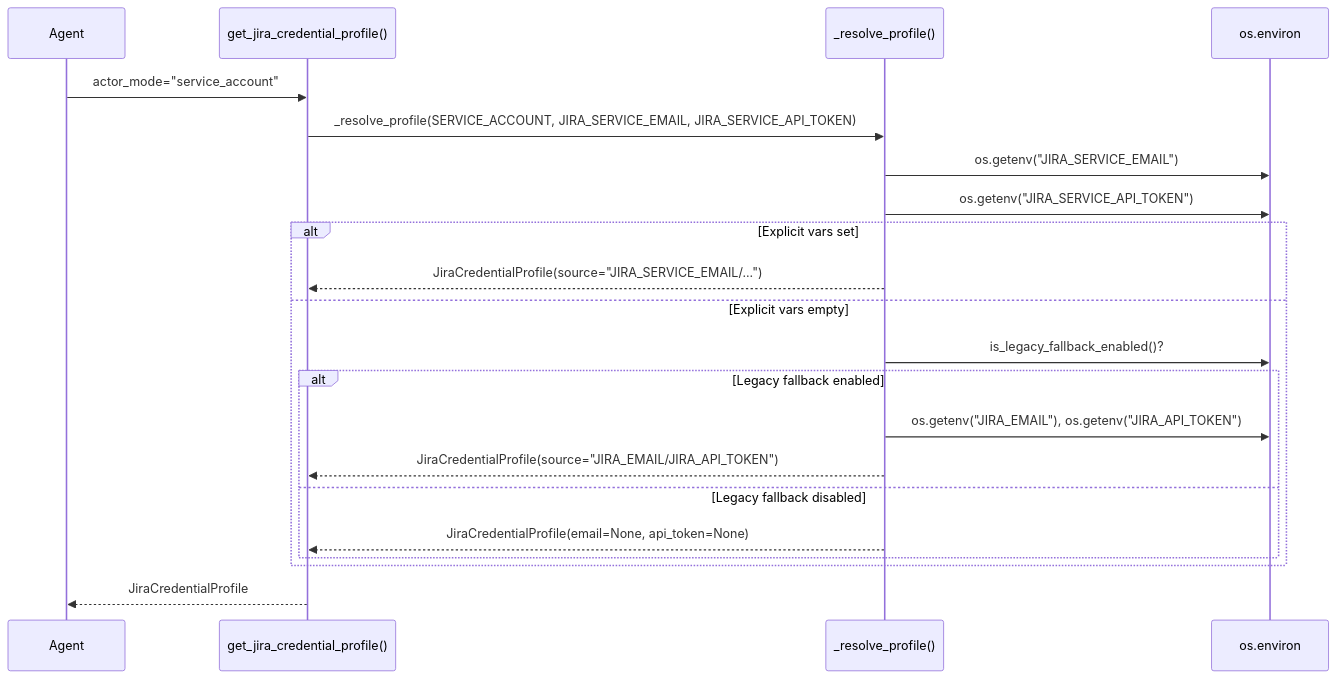
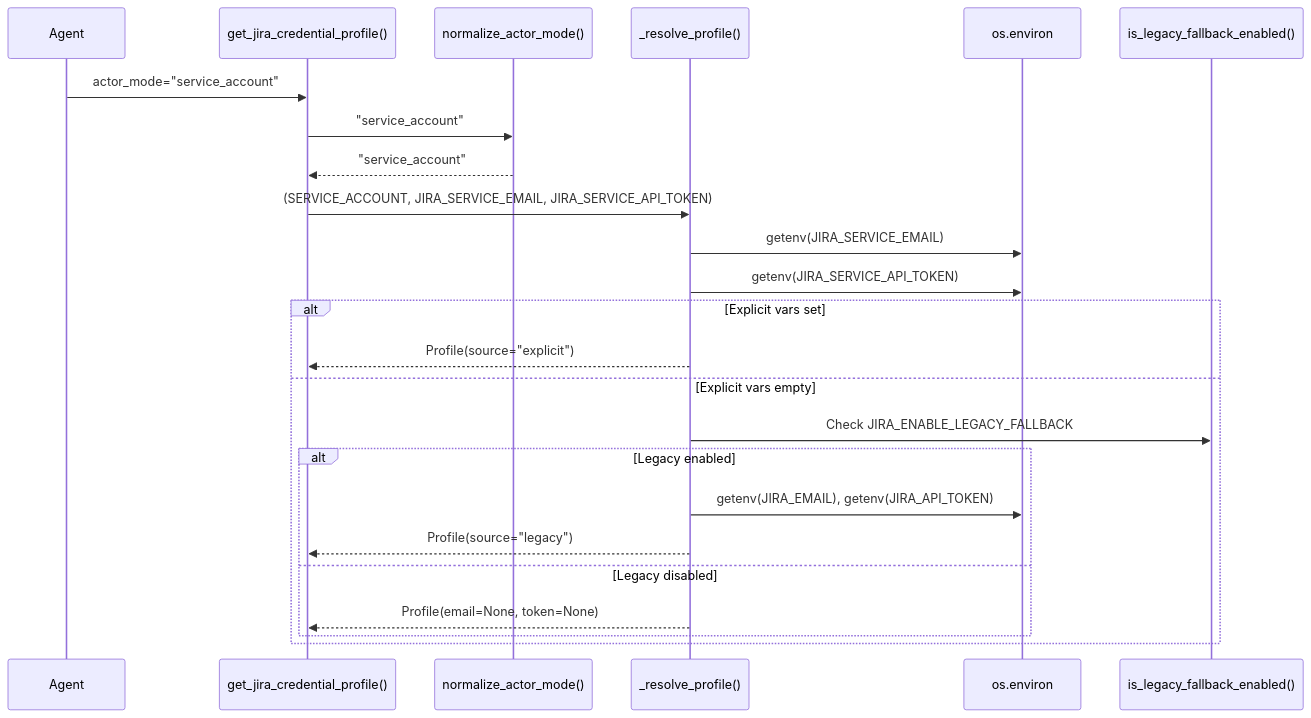
The third of 4 diagrams in docs/config.md (jmac-cornelis/agent-workforce), drawn with Mermaid before and after one commit. The commit also changed other lines of this file and 7 other files, not shown here.

````diff
--- a/docs/config.md
+++ b/docs/config.md
@@ -98,24 +92,27 @@
 ```mermaid
 sequenceDiagram
     participant Agent
-    participant get_profile as get_jira_credential_profile()
+    participant get_jira_credential_profile as get_jira_credential_profile()
+    participant normalize as normalize_actor_mode()
     participant _resolve as _resolve_profile()
     participant env as os.environ
+    participant legacy as is_legacy_fallback_enabled()
 
-    Agent->>get_profile: actor_mode="service_account"
-    get_profile->>_resolve: _resolve_profile(SERVICE_ACCOUNT, JIRA_SERVICE_EMAIL, JIRA_SERVICE_API_TOKEN)
-    _resolve->>env: os.getenv("JIRA_SERVICE_EMAIL")
-    _resolve->>env: os.getenv("JIRA_SERVICE_API_TOKEN")
+    Agent->>get_jira_credential_profile: actor_mode="service_account"
+    get_jira_credential_profile->>normalize: "service_account"
+    normalize-->>get_jira_credential_profile: "service_account"
+    get_jira_credential_profile->>_resolve: (SERVICE_ACCOUNT, JIRA_SERVICE_EMAIL, JIRA_SERVICE_API_TOKEN)
+    _resolve->>env: getenv(JIRA_SERVICE_EMAIL)
+    _resolve->>env: getenv(JIRA_SERVICE_API_TOKEN)
     alt Explicit vars set
-        _resolve-->>get_profile: JiraCredentialProfile(source="JIRA_SERVICE_EMAIL/...")
+        _resolve-->>get_jira_credential_profile: Profile(source="explicit")
     else Explicit vars empty
-        _resolve->>env: is_legacy_fallback_enabled()?
-        alt Legacy fallback enabled
-            _resolve->>env: os.getenv("JIRA_EMAIL"), os.getenv("JIRA_API_TOKEN")
-            _resolve-->>get_profile: JiraCredentialProfile(source="JIRA_EMAIL/JIRA_API_TOKEN")
-        else Legacy fallback disabled
-            _resolve-->>get_profile: JiraCredentialProfile(email=None, api_token=None)
+        _resolve->>legacy: Check JIRA_ENABLE_LEGACY_FALLBACK
+        alt Legacy enabled
+            _resolve->>env: getenv(JIRA_EMAIL), getenv(JIRA_API_TOKEN)
+            _resolve-->>get_jira_credential_profile: Profile(source="legacy")
+        else Legacy disabled
+            _resolve-->>get_jira_credential_profile: Profile(email=None, token=None)
         end
     end
-    get_profile-->>Agent: JiraCredentialProfile
 ```
````
